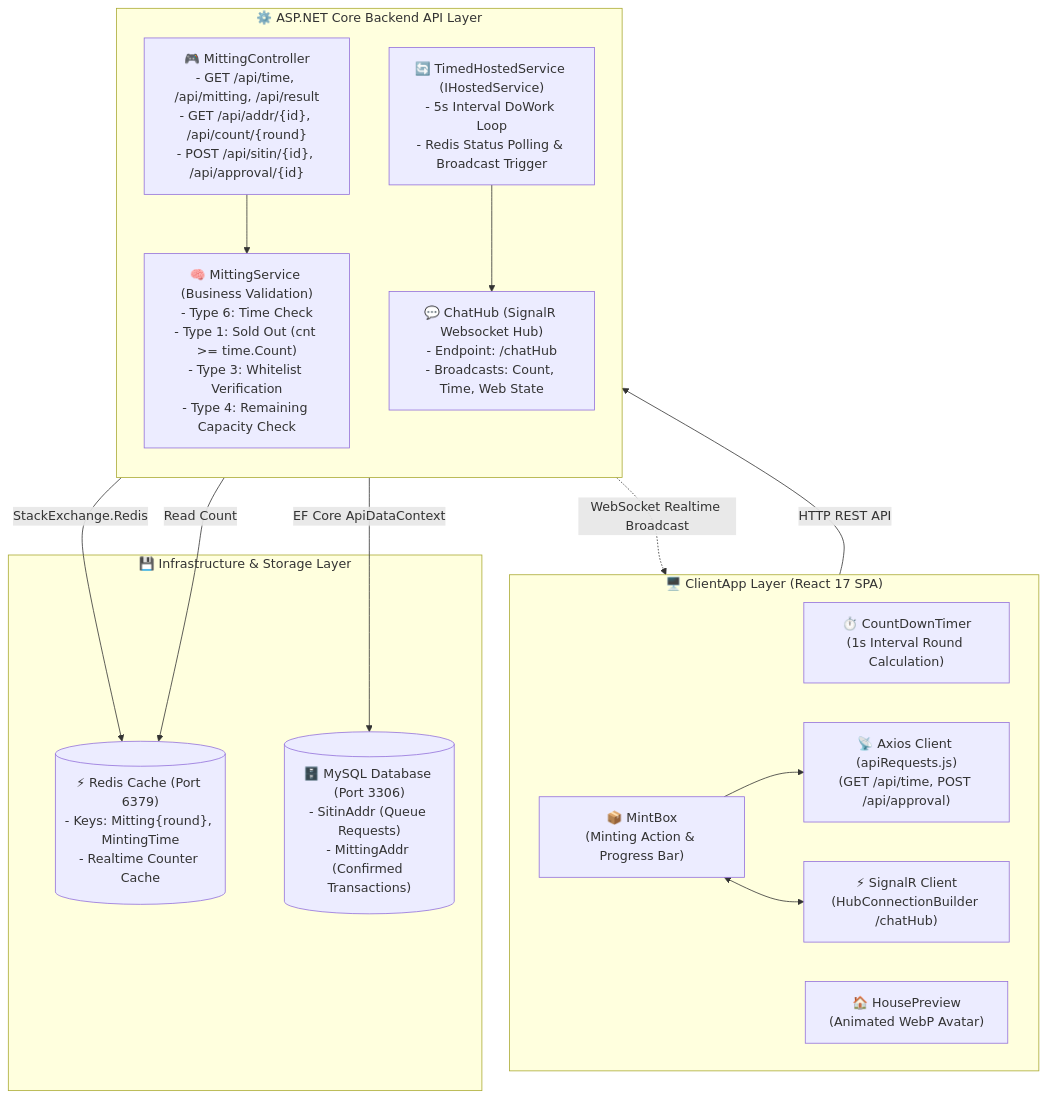
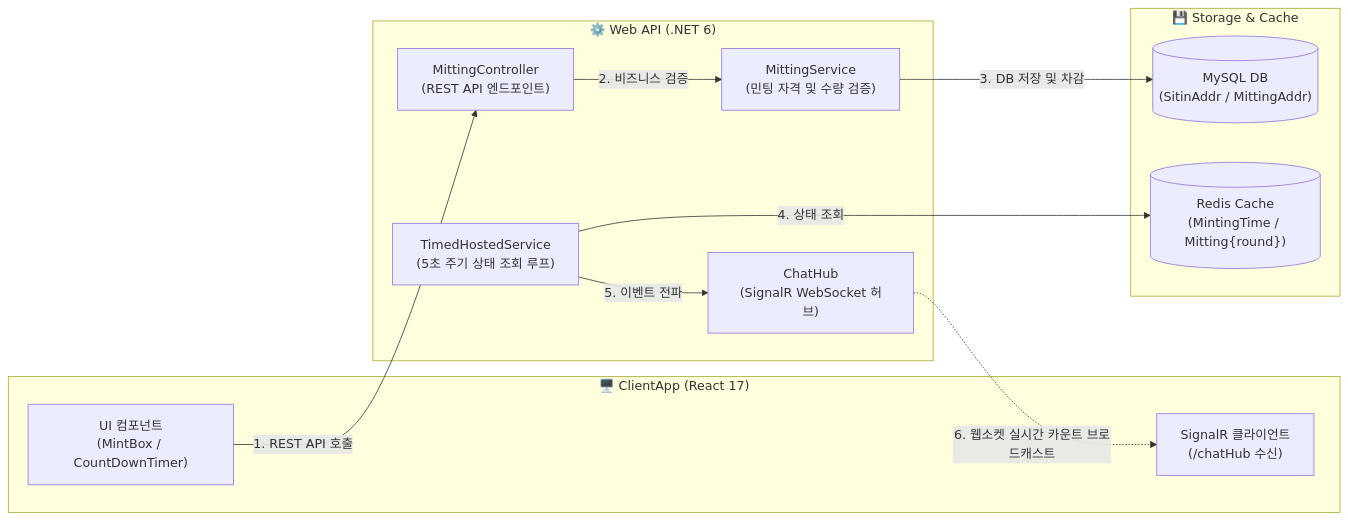
One commit to comfiapps/vtok-all changed the diagram in vtok_publishing_web/README.md. Above: the diagram before and after it, drawn with Mermaid. The commit also changed other lines of this file, not shown here.

Commit message:
docs: streamline vtok_publishing_web architecture diagram with clean numbered horizontal flow

````diff
--- a/vtok_publishing_web/README.md
+++ b/vtok_publishing_web/README.md
@@ -9,37 +9,26 @@
 ```mermaid
-flowchart TD
-    subgraph Frontend ["🖥️ ClientApp Layer (React 17 SPA)"]
-        direction LR
-        TIMER_UI["⏱️ CountDownTimer\n(1s Interval Round Calculation)"]
-        MINT_UI["📦 MintBox\n(Minting Action & Progress Bar)"]
-        HOUSE_UI["🏠 HousePreview\n(Animated WebP Avatar)"]
-        API_REQ["📡 Axios Client (apiRequests.js)\n(GET /api/time, POST /api/approval)"]
-        SIGNALR_CLIENT["⚡ SignalR Client\n(HubConnectionBuilder /chatHub)"]
-
-        MINT_UI --> API_REQ
-        MINT_UI <--> SIGNALR_CLIENT
+flowchart LR
+    subgraph ClientApp ["🖥️ ClientApp (React 17)"]
+        UI["UI 컴포넌트\n(MintBox / CountDownTimer)"]
+        WS_CLIENT["SignalR 클라이언트\n(/chatHub 수신)"]
     end
 
-    subgraph Backend ["⚙️ ASP.NET Core Backend API Layer"]
-        direction TB
-        CTRL["🎮 MittingController\n- GET /api/time, /api/mitting, /api/result\n- GET /api/addr/{id}, /api/count/{round}\n- POST /api/sitin/{id}, /api/approval/{id}"]
-        SVC["🧠 MittingService (Business Validation)\n- Type 6: Time Check\n- Type 1: Sold Out (cnt >= time.Count)\n- Type 3: Whitelist Verification\n- Type 4: Remaining Capacity Check"]
-        HOSTED_SVC["🔄 TimedHostedService (IHostedService)\n- 5s Interval DoWork Loop\n- Redis Status Polling & Broadcast Trigger"]
-        HUB["💬 ChatHub (SignalR Websocket Hub)\n- Endpoint: /chatHub\n- Broadcasts: Count, Time, Web State"]
-
-        CTRL --> SVC
-        HOSTED_SVC --> HUB
+    subgraph Backend ["⚙️ Web API (.NET 6)"]
+        API["MittingController\n(REST API 엔드포인트)"]
+        SVC["MittingService\n(민팅 자격 및 수량 검증)"]
+        HOSTED["TimedHostedService\n(5초 주기 상태 조회 루프)"]
+        HUB["ChatHub\n(SignalR WebSocket 허브)"]
     end
 
-    subgraph Storage ["💾 Infrastructure & Storage Layer"]
-        REDIS[("⚡ Redis Cache (Port 6379)\n- Keys: Mitting{round}, MintingTime\n- Realtime Counter Cache")]
-        MYSQL[("🗄️ MySQL Database (Port 3306)\n- SitinAddr (Queue Requests)\n- MittingAddr (Confirmed Transactions)")]
-
-        SVC -->|EF Core ApiDataContext| MYSQL
-        HOSTED_SVC -->|StackExchange.Redis| REDIS
-        CTRL -->|Read Count| REDIS
+    subgraph Storage ["💾 Storage & Cache"]
+        MYSQL[("MySQL DB\n(SitinAddr / MittingAddr)")]
+        REDIS[("Redis Cache\n(MintingTime / Mitting{round})")]
     end
 
-    API_REQ -->|HTTP REST API| CTRL
-    HUB -.->|WebSocket Realtime Broadcast| SIGNALR_CLIENT
+    UI -->|1. REST API 호출| API
+    API -->|2. 비즈니스 검증| SVC
+    SVC -->|3. DB 저장 및 차감| MYSQL
+    HOSTED -->|4. 상태 조회| REDIS
+    HOSTED -->|5. 이벤트 전파| HUB
+    HUB -.->|6. 웹소켓 실시간 카운트 브로드캐스트| WS_CLIENT
 ```
````
